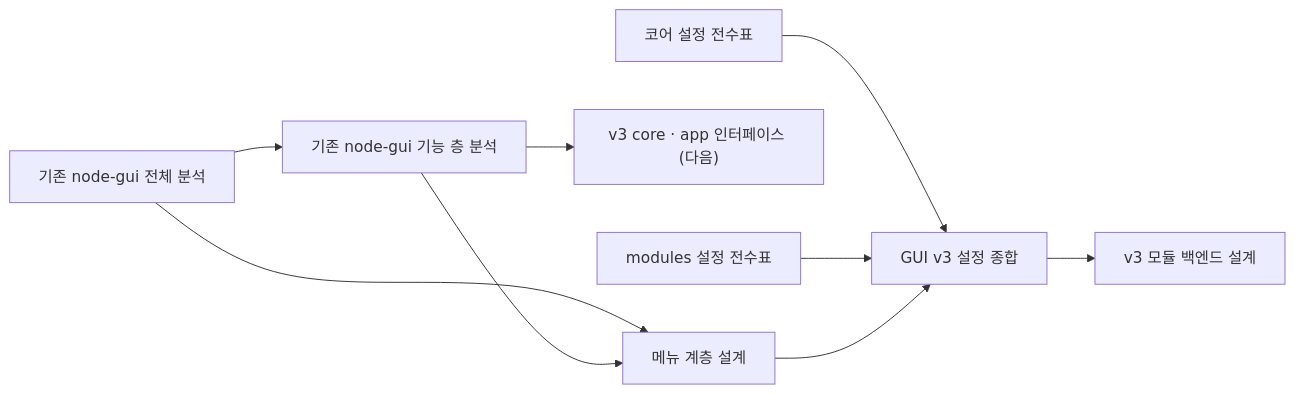
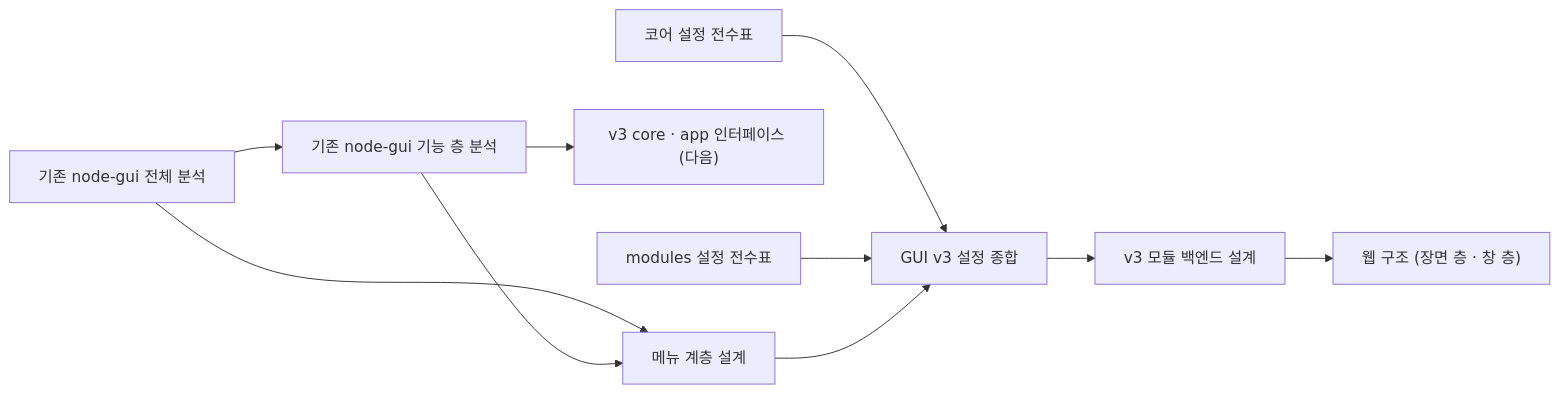
One commit to StellaxiaLab/modules changed the diagram in common/lab.stellaxia.gui-v3/docs/README.md. Above: the diagram before and after it, drawn with Mermaid. The commit also changed other lines of this file and 30 other files, not shown here.

````diff
--- a/common/lab.stellaxia.gui-v3/docs/README.md
+++ b/common/lab.stellaxia.gui-v3/docs/README.md
@@ -34,11 +35,12 @@
 ```mermaid
 flowchart LR
   A["기존 node-gui 전체 분석"] --> B["기존 node-gui 기능 층 분석"]
   A --> D["메뉴 계층 설계"]
   B --> D
   B --> C["v3 core · app 인터페이스 (다음)"]
   E["코어 설정 전수표"] --> S["GUI v3 설정 종합"]
   F["modules 설정 전수표"] --> S
   D --> S
   S --> BE["v3 모듈 백엔드 설계"]
+  BE --> WA["웹 구조 (장면 층 · 창 층)"]
 ```
````
